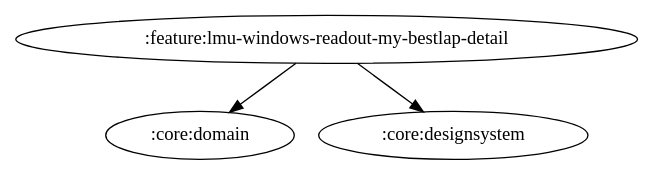
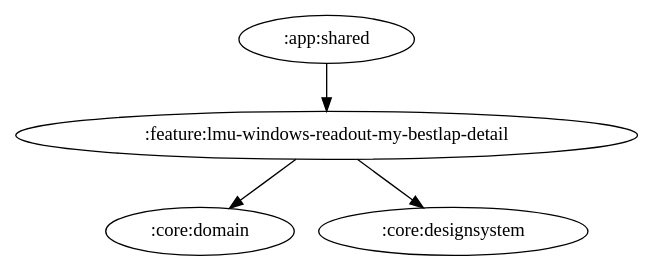
Before and after one commit to ai-kurou/KoDriver: the diagram in docs/graphs/feature-lmu-windows-readout-my-bestlap-detail.gv, drawn with Graphviz. The commit also changed 5 other files, not shown here.

Commit message:
chore: update module graph images

```diff
--- a/docs/graphs/feature-lmu-windows-readout-my-bestlap-detail.gv
+++ b/docs/graphs/feature-lmu-windows-readout-my-bestlap-detail.gv
@@ -1,5 +1,6 @@
 digraph G {
   rankdir=TB
+  ":app:shared" -> ":feature:lmu-windows-readout-my-bestlap-detail"
   ":feature:lmu-windows-readout-my-bestlap-detail" -> ":core:domain"
   ":feature:lmu-windows-readout-my-bestlap-detail" -> ":core:designsystem"
 }
```
